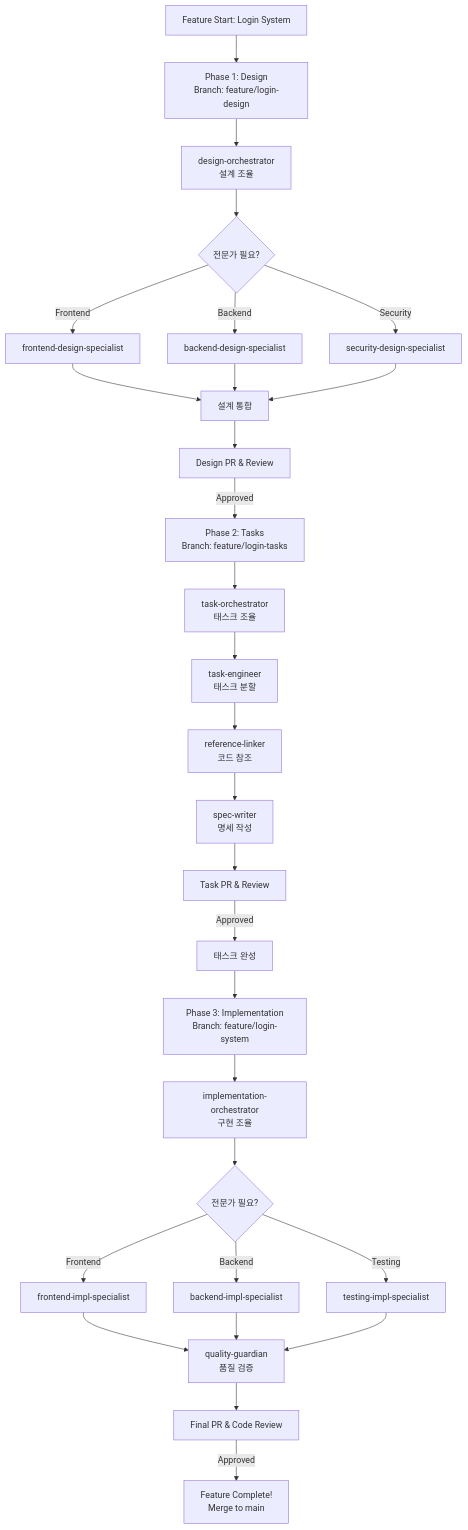
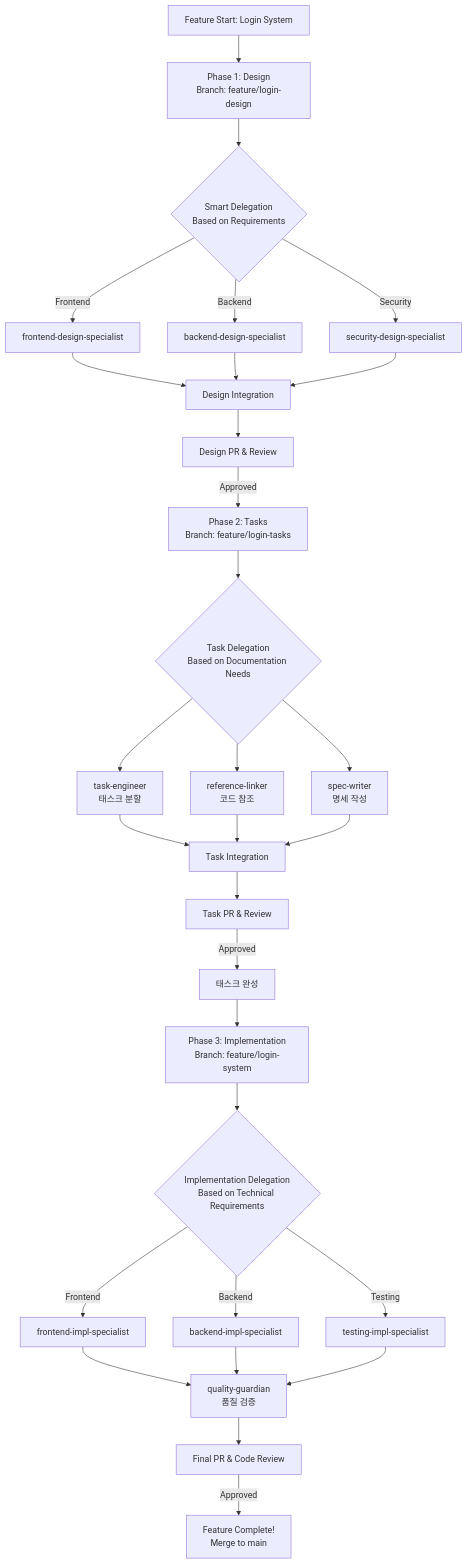
The diagram in documents/guidelines/agent-development-workflow.md (movingChurch/global-claude-settings), drawn with Mermaid before and after one commit. The commit also changed other lines of this file and 21 other files, not shown here.

First line of the commit message:
refactor(agents): remove all orchestrator references and update to smart delegation

````diff
--- a/documents/guidelines/agent-development-workflow.md
+++ b/documents/guidelines/agent-development-workflow.md
@@ -121,33 +118,34 @@
 ```mermaid
 graph TD
     A[Feature Start: Login System] --> B[Phase 1: Design<br/>Branch: feature/login-design]
-    B --> DO[design-orchestrator<br/>설계 조율]
-    DO --> DS{전문가 필요?}
+    B --> DS{Smart Delegation<br/>Based on Requirements}
     DS -->|Frontend| FDS[frontend-design-specialist]
     DS -->|Backend| BDS[backend-design-specialist]
     DS -->|Security| SDS[security-design-specialist]
-    FDS --> DO2[설계 통합]
-    BDS --> DO2
-    SDS --> DO2
-    DO2 --> PR1[Design PR & Review]
+    FDS --> DI[Design Integration]
+    BDS --> DI
+    SDS --> DI
+    DI --> PR1[Design PR & Review]
     PR1 -->|Approved| D[Phase 2: Tasks<br/>Branch: feature/login-tasks]
 
-    D --> TO[task-orchestrator<br/>태스크 조율]
-    TO --> TE[task-engineer<br/>태스크 분할]
-    TE --> RL[reference-linker<br/>코드 참조]
-    RL --> SW[spec-writer<br/>명세 작성]
-    SW --> PR2[Task PR & Review]
+    D --> TD{Task Delegation<br/>Based on Documentation Needs}
+    TD --> TE[task-engineer<br/>태스크 분할]
+    TD --> RL[reference-linker<br/>코드 참조]
+    TD --> SW[spec-writer<br/>명세 작성]
+    TE --> TI[Task Integration]
+    RL --> TI
+    SW --> TI
+    TI --> PR2[Task PR & Review]
     PR2 -->|Approved| E[태스크 완성]
 
     E --> F[Phase 3: Implementation<br/>Branch: feature/login-system]
-    F --> IO[implementation-orchestrator<br/>구현 조율]
-    IO --> IS{전문가 필요?}
-    IS -->|Frontend| FIS[frontend-impl-specialist]
-    IS -->|Backend| BIS[backend-impl-specialist]
-    IS -->|Testing| TIS[testing-impl-specialist]
+    F --> ID{Implementation Delegation<br/>Based on Technical Requirements}
+    ID -->|Frontend| FIS[frontend-impl-specialist]
+    ID -->|Backend| BIS[backend-impl-specialist]
+    ID -->|Testing| TIS[testing-impl-specialist]
     FIS --> QG[quality-guardian<br/>품질 검증]
     BIS --> QG
     TIS --> QG
     QG --> PR3[Final PR & Code Review]
     PR3 -->|Approved| G[Feature Complete!<br/>Merge to main]
 ```
````
